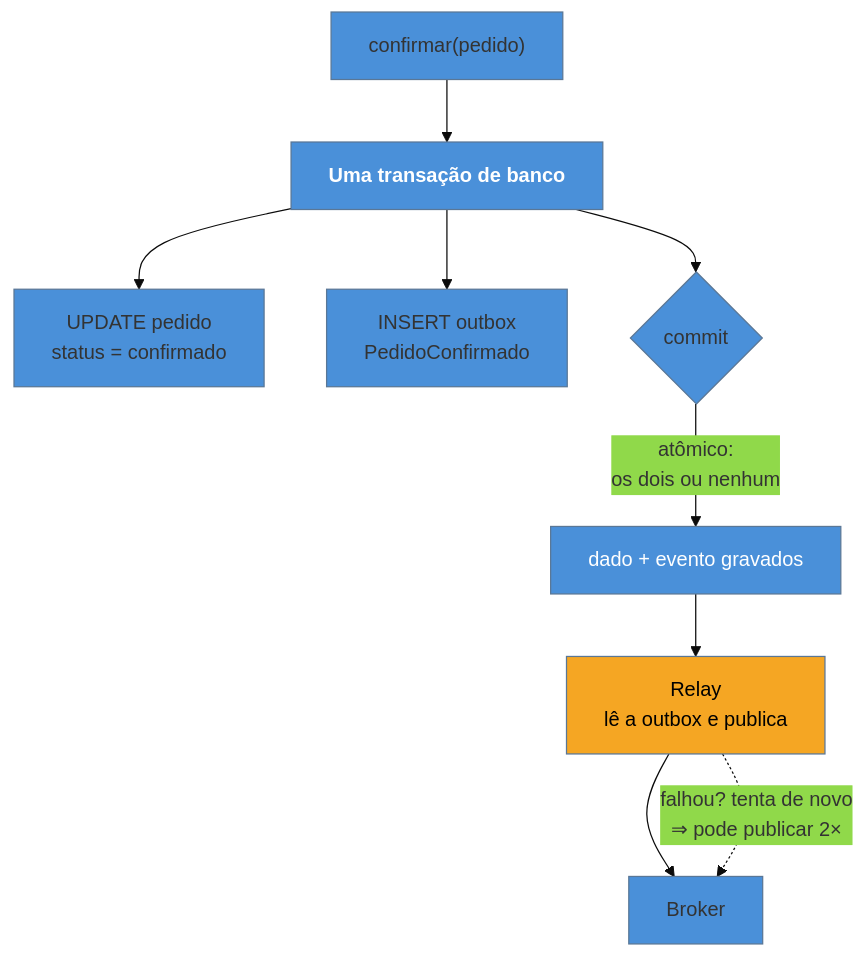
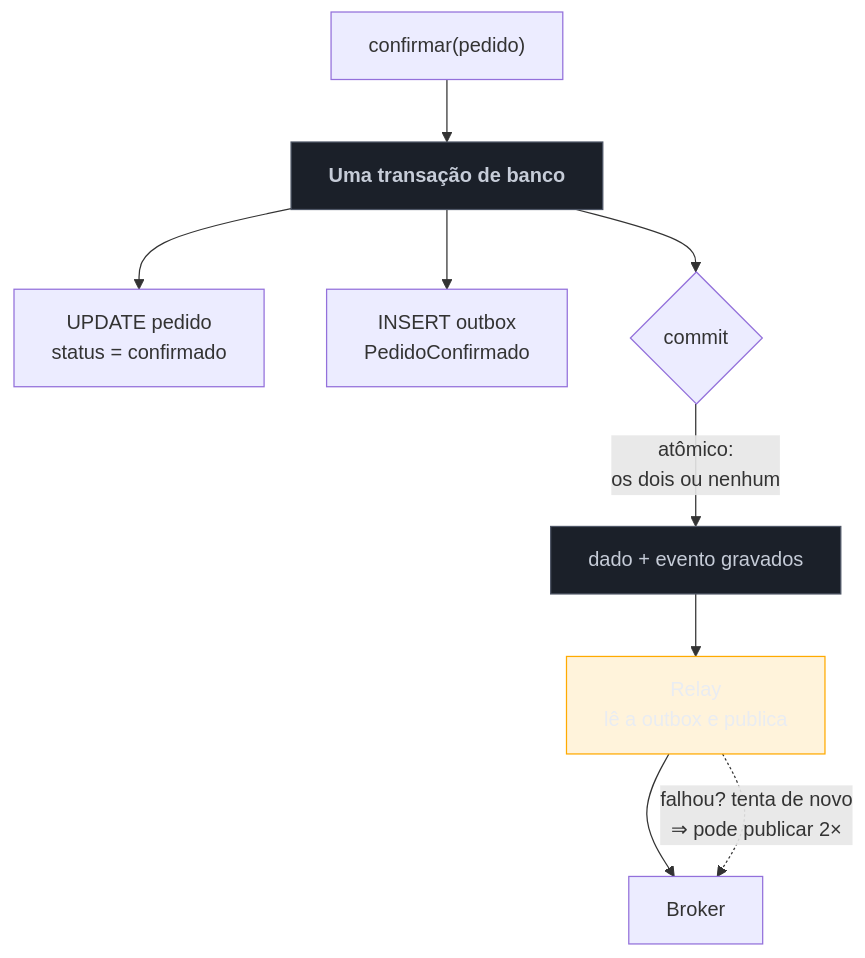
The diagram in 03-Dominios/Engenharia/Design de Software/Padrões de Projeto/Arquitetura de Eventos/05 - Outbox.md (josenaldo/codex-technomanticus), drawn with Mermaid before and after one commit. The commit also changed 1181 other files, not shown here.

First line of the commit message:
fix(diagramas): paleta do sistema no lugar de cor cravada no markdown

````diff
--- a/03-Dominios/Engenharia/Design de Software/Padrões de Projeto/Arquitetura de Eventos/05 - Outbox.md
+++ b/03-Dominios/Engenharia/Design de Software/Padrões de Projeto/Arquitetura de Eventos/05 - Outbox.md
@@ -46,16 +46,17 @@
 ```mermaid
-%%{init: {"theme": "base", "themeVariables": {"primaryColor": "#4A90D9"}}}%%
 graph TD
+    classDef neutro fill:#1B2029,stroke:#4E5666,color:#C6CCD8
+    classDef destaque fill:#FFAA0024,stroke:#FFAA00,color:#E9ECF2
     A["confirmar(pedido)"] --> T["<b>Uma transação de banco</b>"]
     T --> D1["UPDATE pedido<br/>status = confirmado"]
     T --> D2["INSERT outbox<br/>PedidoConfirmado"]
     T --> C{"commit"}
     C -->|"atômico:<br/>os dois ou nenhum"| OK["dado + evento gravados"]
     OK --> R["Relay<br/>lê a outbox e publica"]
     R --> B["Broker"]
     R -.->|"falhou? tenta de novo<br/>⇒ pode publicar 2×"| B
 
-    style T fill:#4A90D9,color:#fff
-    style OK fill:#4A90D9,color:#fff
-    style R fill:#F5A623,color:#000
+    class T neutro
+    class OK neutro
+    class R destaque
 ```
````
